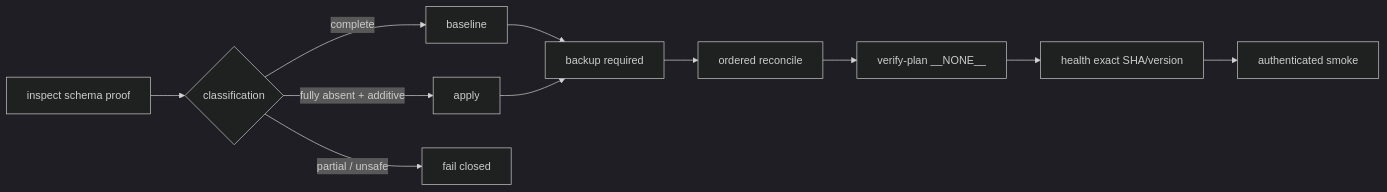
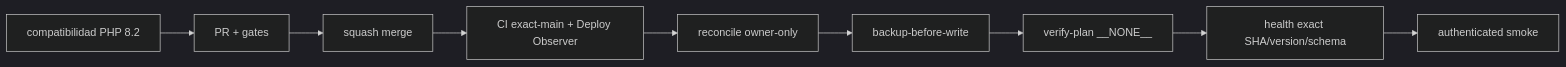
One commit to pl0n3r/brvtal changed the diagram in README.md. Above: the diagram before and after it, drawn with Mermaid (dark theme). The commit also changed other lines of this file and 5 other files, not shown here.

First line of the commit message:
fix(prod): support production PHP 8.2 reconcile (v0.1.74) (#722)

````diff
--- a/README.md
+++ b/README.md
@@ -44,13 +45,11 @@
 ```mermaid
 flowchart LR
-  I["inspect schema proof"] --> C{"classification"}
-  C -->|complete| B["baseline"]
-  C -->|fully absent + additive| A["apply"]
-  C -->|partial / unsafe| X["fail closed"]
-  B --> K["backup required"]
-  A --> K
-  K --> R["ordered reconcile"]
-  R --> V["verify-plan __NONE__"]
-  V --> H["health exact SHA/version"]
+  C["compatibilidad PHP 8.2"] --> G["PR + gates"]
+  G --> M["squash merge"]
+  M --> E["CI exact-main + Deploy Observer"]
+  E --> R["reconcile owner-only"]
+  R --> B["backup-before-write"]
+  B --> V["verify-plan __NONE__"]
+  V --> H["health exact SHA/version/schema"]
   H --> S["authenticated smoke"]
 ```
````
